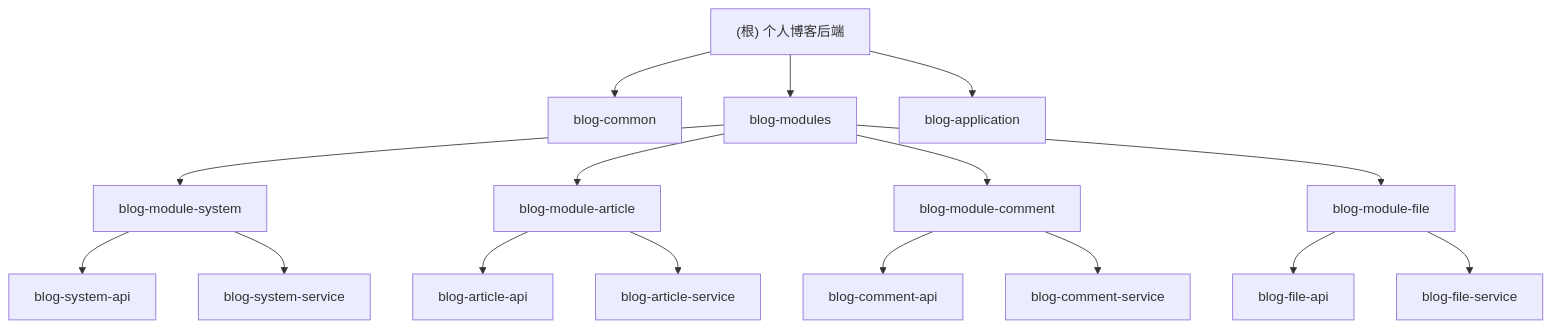
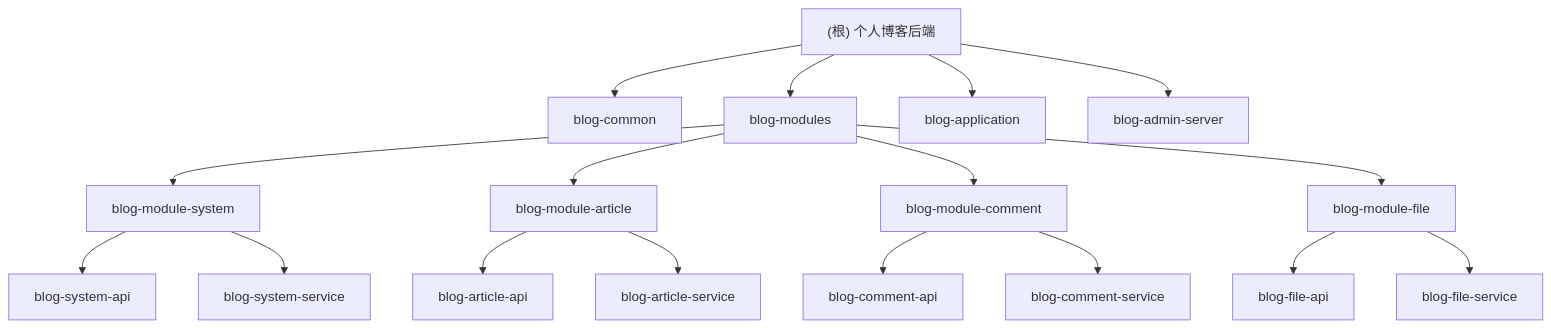
One commit to liusxml/personal-blog-backend changed the diagram in CLAUDE.md. Above: the diagram before and after it, drawn with Mermaid. The commit also changed other lines of this file and 6 other files, not shown here.

````diff
--- a/CLAUDE.md
+++ b/CLAUDE.md
@@ -11,31 +11,33 @@
 ```mermaid
 graph TD
     A["(根) 个人博客后端"] --> B["blog-common"];
     A --> C["blog-modules"];
     A --> D["blog-application"];
+    A --> Q["blog-admin-server"];
 
     C --> E["blog-module-system"];
     C --> F["blog-module-article"];
     C --> G["blog-module-comment"];
     C --> H["blog-module-file"];
 
     E --> I["blog-system-api"];
     E --> J["blog-system-service"];
     F --> K["blog-article-api"];
     F --> L["blog-article-service"];
     G --> M["blog-comment-api"];
     G --> N["blog-comment-service"];
     H --> O["blog-file-api"];
     H --> P["blog-file-service"];
 
     click B "./blog-common/CLAUDE.md" "查看 blog-common 模块文档"
     click D "./blog-application/CLAUDE.md" "查看 blog-application 模块文档"
+    click Q "./blog-admin-server/CLAUDE.md" "查看 blog-admin-server 模块文档"
     click I "./blog-modules/blog-module-system/blog-system-api/CLAUDE.md" "查看 blog-system-api 模块文档"
     click J "./blog-modules/blog-module-system/blog-system-service/CLAUDE.md" "查看 blog-system-service 模块文档"
     click K "./blog-modules/blog-module-article/blog-article-api/CLAUDE.md" "查看 blog-article-api 模块文档"
     click L "./blog-modules/blog-module-article/blog-article-service/CLAUDE.md" "查看 blog-article-service 模块文档"
     click M "./blog-modules/blog-module-comment/blog-comment-api/CLAUDE.md" "查看 blog-comment-api 模块文档"
     click N "./blog-modules/blog-module-comment/blog-comment-service/CLAUDE.md" "查看 blog-comment-service 模块文档"
     click O "./blog-modules/blog-module-file/blog-file-api/CLAUDE.md" "查看 blog-file-api 模块文档"
     click P "./blog-modules/blog-module-file/blog-file-service/CLAUDE.md" "查看 blog-file-service 模块文档"
 ```
````
